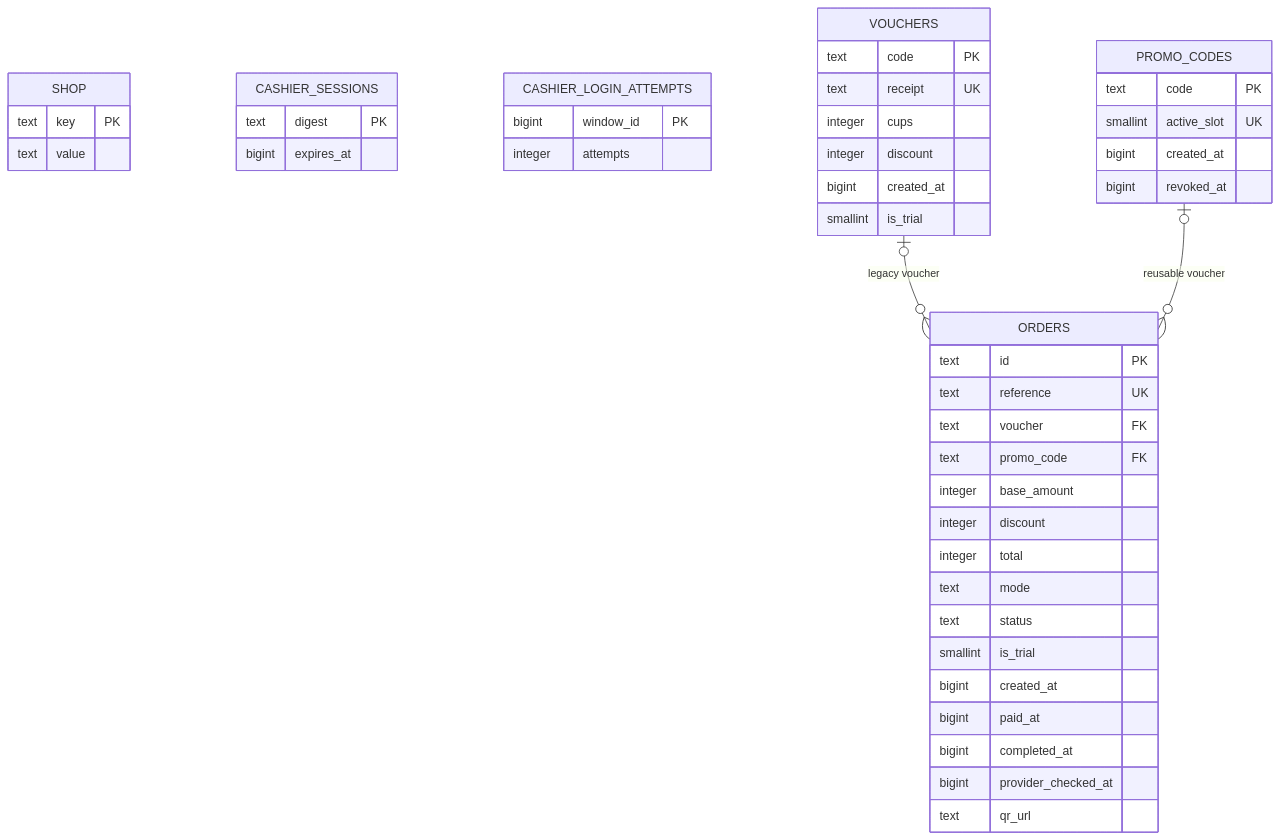
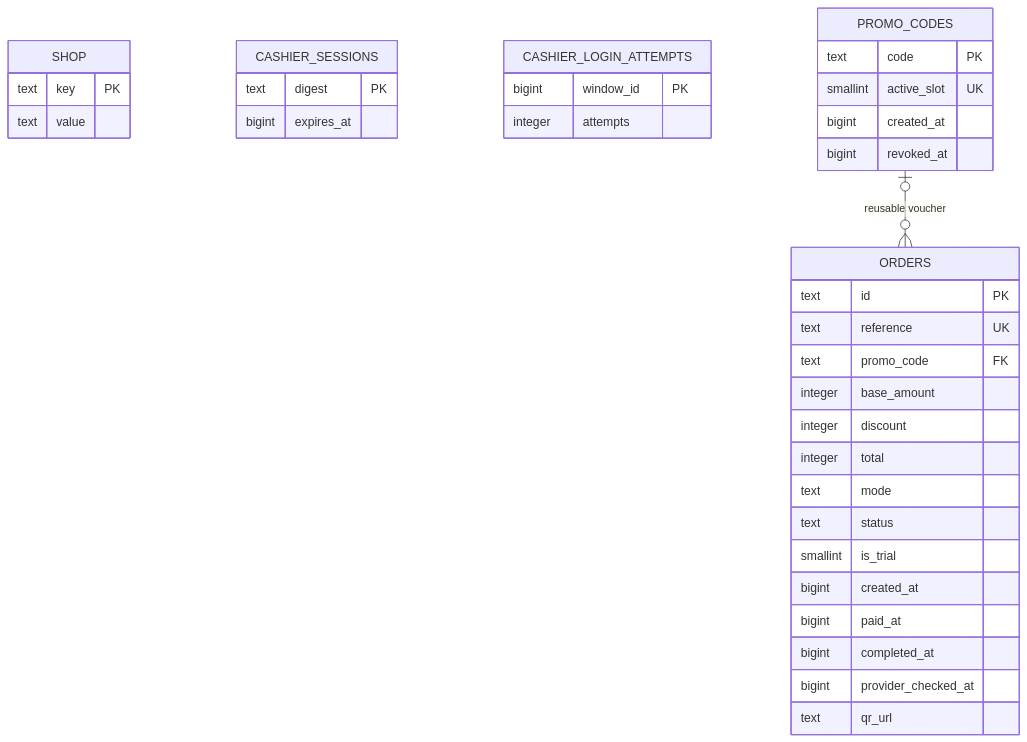
One commit to EndPx/photobox changed the diagram in docs/database.md. Above: the diagram before and after it, drawn with Mermaid. The commit also changed other lines of this file and 7 other files, not shown here.

Commit message:
Remove legacy PhotoBox voucher model

````diff
--- a/docs/database.md
+++ b/docs/database.md
@@ -5,48 +5,38 @@
 ```mermaid
 erDiagram
     SHOP {
         text key PK
         text value
     }
     CASHIER_SESSIONS {
         text digest PK
         bigint expires_at
     }
     CASHIER_LOGIN_ATTEMPTS {
         bigint window_id PK
         integer attempts
     }
-    VOUCHERS {
-        text code PK
-        text receipt UK
-        integer cups
-        integer discount
-        bigint created_at
-        smallint is_trial
-    }
     PROMO_CODES {
         text code PK
         smallint active_slot UK
         bigint created_at
         bigint revoked_at
     }
     ORDERS {
         text id PK
         text reference UK
-        text voucher FK
         text promo_code FK
         integer base_amount
         integer discount
         integer total
         text mode
         text status
         smallint is_trial
         bigint created_at
         bigint paid_at
         bigint completed_at
         bigint provider_checked_at
         text qr_url
     }
-    VOUCHERS o|--o{ ORDERS : "legacy voucher"
     PROMO_CODES o|--o{ ORDERS : "reusable voucher"
 ```
````
